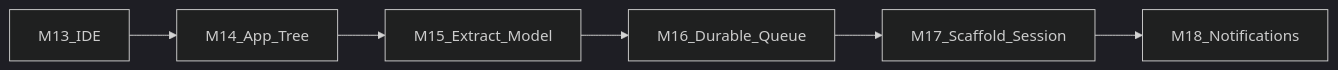
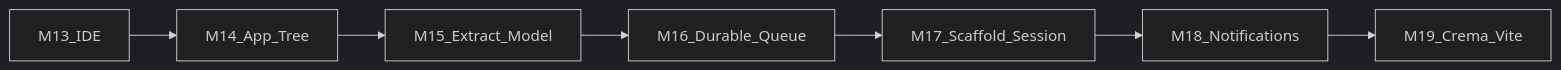
One commit to konaframework/kona changed the second of 2 diagrams in MILESTONES.md. Above: the diagram before and after it, drawn with Mermaid (dark theme). The commit also changed other lines of this file and 10 other files, not shown here.

First line of the commit message:
M19: Crema Vite manifest / hot (#36)

````diff
--- a/MILESTONES.md
+++ b/MILESTONES.md
@@ -652,8 +677,9 @@
 ```mermaid
 flowchart LR
   M13[M13_IDE] --> M14[M14_App_Tree]
   M14 --> M15[M15_Extract_Model]
   M15 --> M16[M16_Durable_Queue]
   M16 --> M17[M17_Scaffold_Session]
   M17 --> M18[M18_Notifications]
+  M18 --> M19[M19_Crema_Vite]
 ```
````
